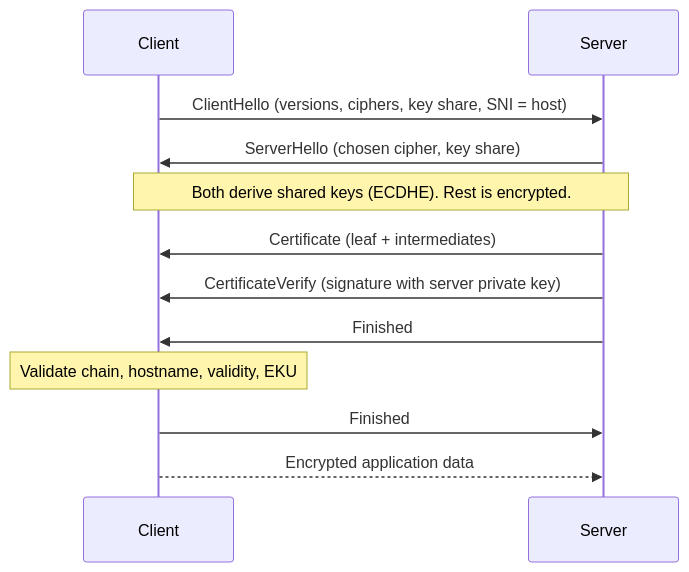
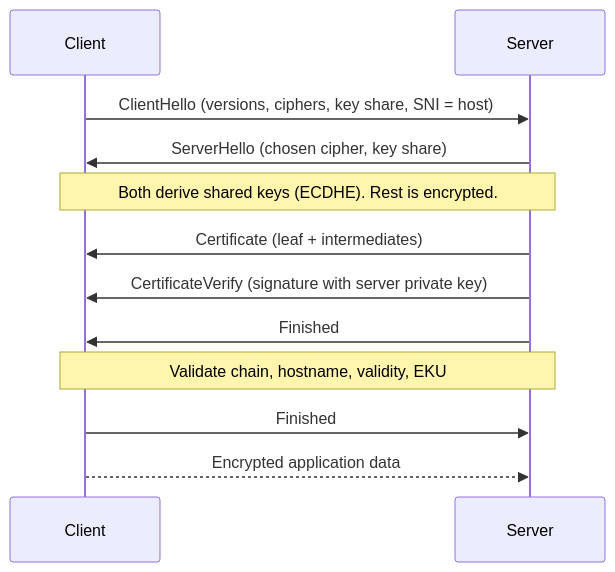
One commit to McBartok/PKI-Guide changed the diagram in docs/diagrams/tls13-server-auth.mmd. Above: the diagram before and after it, drawn with Mermaid. The commit also changed 4 other files, not shown here.

Commit message:
Fix diagrams

```diff
--- a/docs/diagrams/tls13-server-auth.mmd
+++ b/docs/diagrams/tls13-server-auth.mmd
@@ -1,12 +1,12 @@
 sequenceDiagram
     participant C as Client
     participant S as Server
     C->>S: ClientHello (versions, ciphers, key share, SNI = host)
     S->>C: ServerHello (chosen cipher, key share)
     Note over C,S: Both derive shared keys (ECDHE). Rest is encrypted.
     S->>C: Certificate (leaf + intermediates)
     S->>C: CertificateVerify (signature with server private key)
     S->>C: Finished
-    Note over C: Validate chain, hostname, validity, EKU
+    Note over C,S: Validate chain, hostname, validity, EKU
     C->>S: Finished
     C-->>S: Encrypted application data
```
